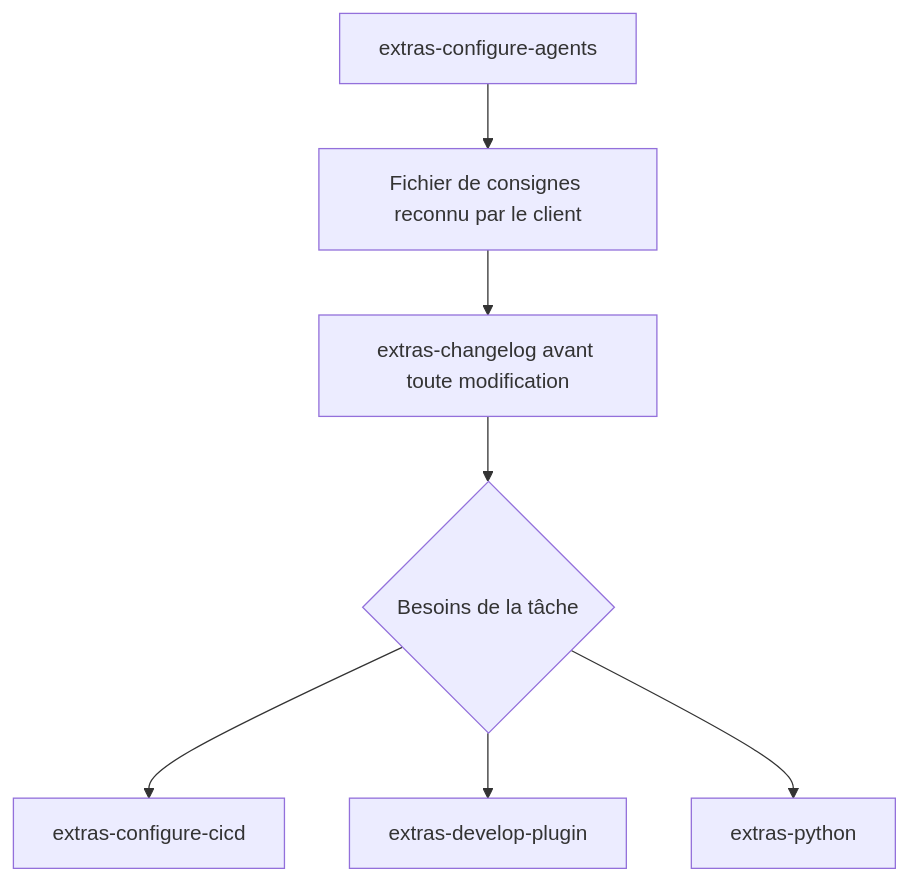
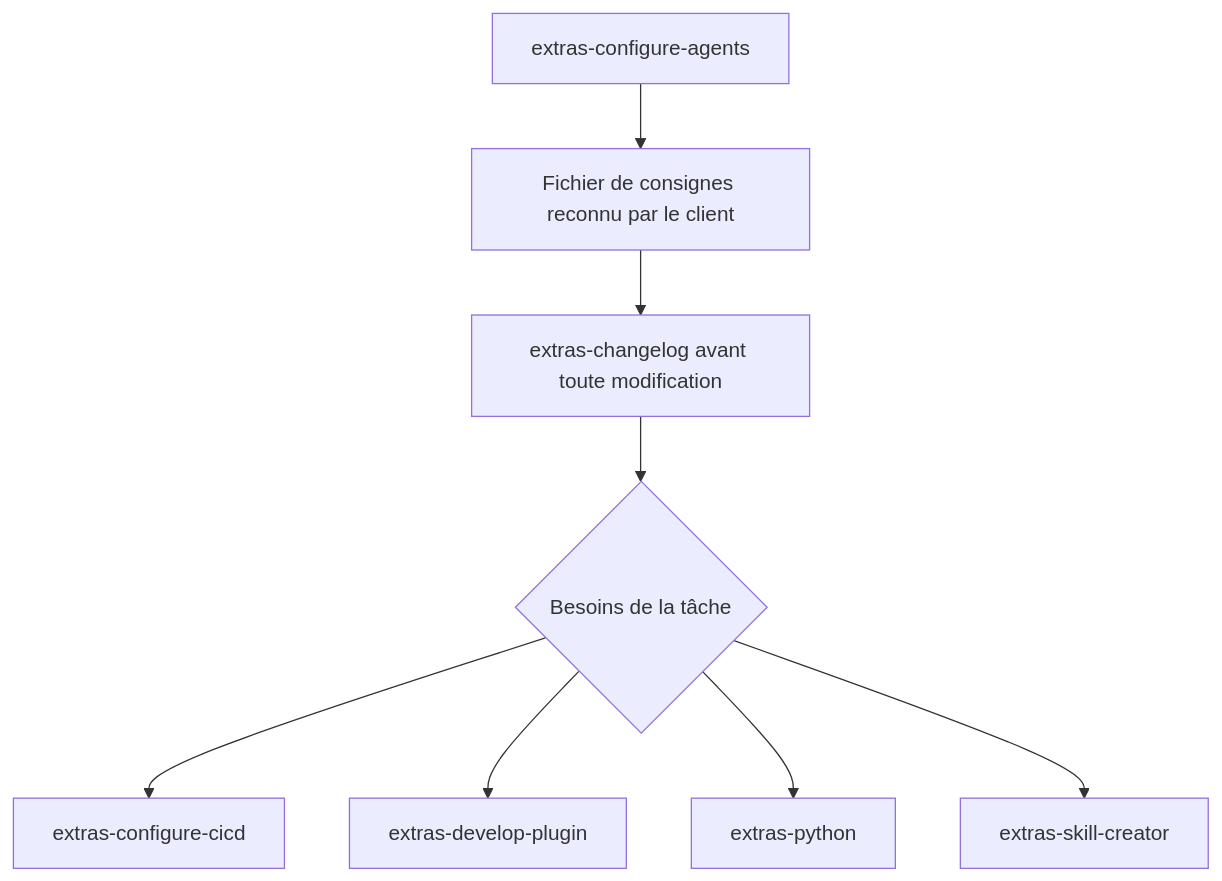
Before and after one commit to JoReci2/yamcps-extras: the diagram in contributing.md, drawn with Mermaid. The commit also changed other lines of this file and 7 other files, not shown here.

Commit message:
feat: add extras-skill-creator lifecycle guide

````diff
--- a/contributing.md
+++ b/contributing.md
@@ -71,9 +71,10 @@
 ```mermaid
 flowchart TD
     setup[extras-configure-agents] --> instructions[Fichier de consignes reconnu par le client]
     instructions --> history[extras-changelog avant toute modification]
     history --> routing{Besoins de la tâche}
     routing --> ci[extras-configure-cicd]
     routing --> plugin[extras-develop-plugin]
     routing --> python[extras-python]
+    routing --> skills[extras-skill-creator]
 ```
````
